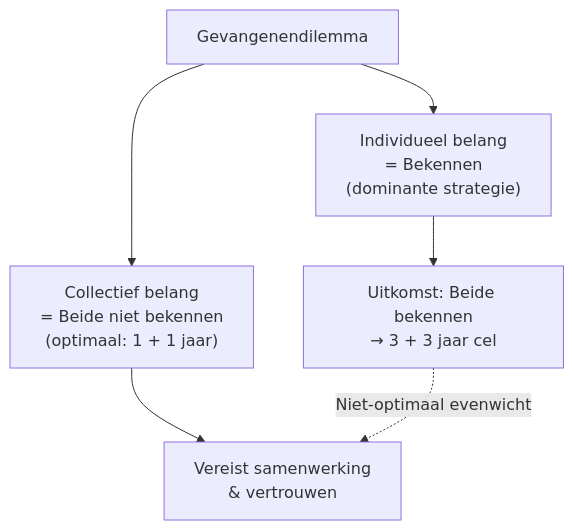
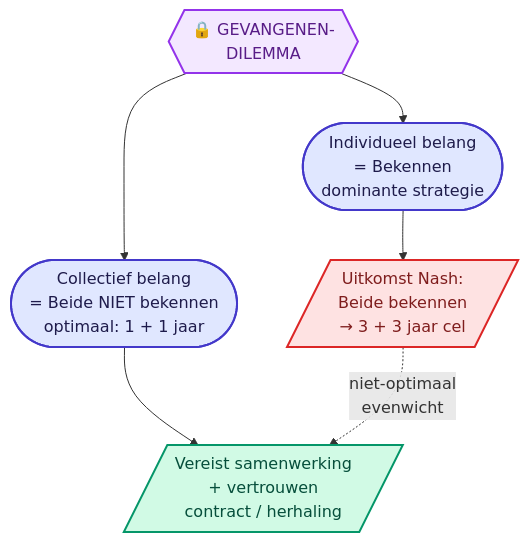
The fourth of 23 diagrams in Volledige_Samenvatting_H1_H2.md (ateknol/HAVO-Economie-examen), drawn with Mermaid before and after one commit. The commit also changed other lines of this file and 3 other files, not shown here.

````diff
--- a/Volledige_Samenvatting_H1_H2.md
+++ b/Volledige_Samenvatting_H1_H2.md
@@ -207,8 +254,22 @@
 ```mermaid
 flowchart TD
-    A["Gevangenendilemma"] --> B["Individueel belang<br/>= Bekennen<br/>(dominante strategie)"]
-    A --> C["Collectief belang<br/>= Beide niet bekennen<br/>(optimaal: 1 + 1 jaar)"]
-    B --> D["Uitkomst: Beide bekennen<br/>→ 3 + 3 jaar cel"]
-    C --> E["Vereist samenwerking<br/>& vertrouwen"]
-    D -. "Niet-optimaal evenwicht" .-> E
+    GD{{"🔒 GEVANGENEN-<br/>DILEMMA"}}
+    Ind(["Individueel belang<br/>= Bekennen<br/>dominante strategie"])
+    Col(["Collectief belang<br/>= Beide NIET bekennen<br/>optimaal: 1 + 1 jaar"])
+    Uit[/"Uitkomst Nash:<br/>Beide bekennen<br/>→ 3 + 3 jaar cel"/]
+    Sam[/"Vereist samenwerking<br/>+ vertrouwen<br/>contract / herhaling"/]
+
+    GD --> Ind --> Uit
+    GD --> Col --> Sam
+    Uit -. "niet-optimaal<br/>evenwicht" .-> Sam
+
+    classDef term fill:#f3e8ff,stroke:#9333ea,stroke-width:2px,color:#581c87
+    classDef proces fill:#e0e7ff,stroke:#4338ca,stroke-width:2px,color:#1e1b4b
+    classDef fout fill:#fee2e2,stroke:#dc2626,stroke-width:2px,color:#7f1d1d
+    classDef goed fill:#d1fae5,stroke:#059669,stroke-width:2px,color:#064e3b
+
+    class GD term
+    class Ind,Col proces
+    class Uit fout
+    class Sam goed
 ```
````
